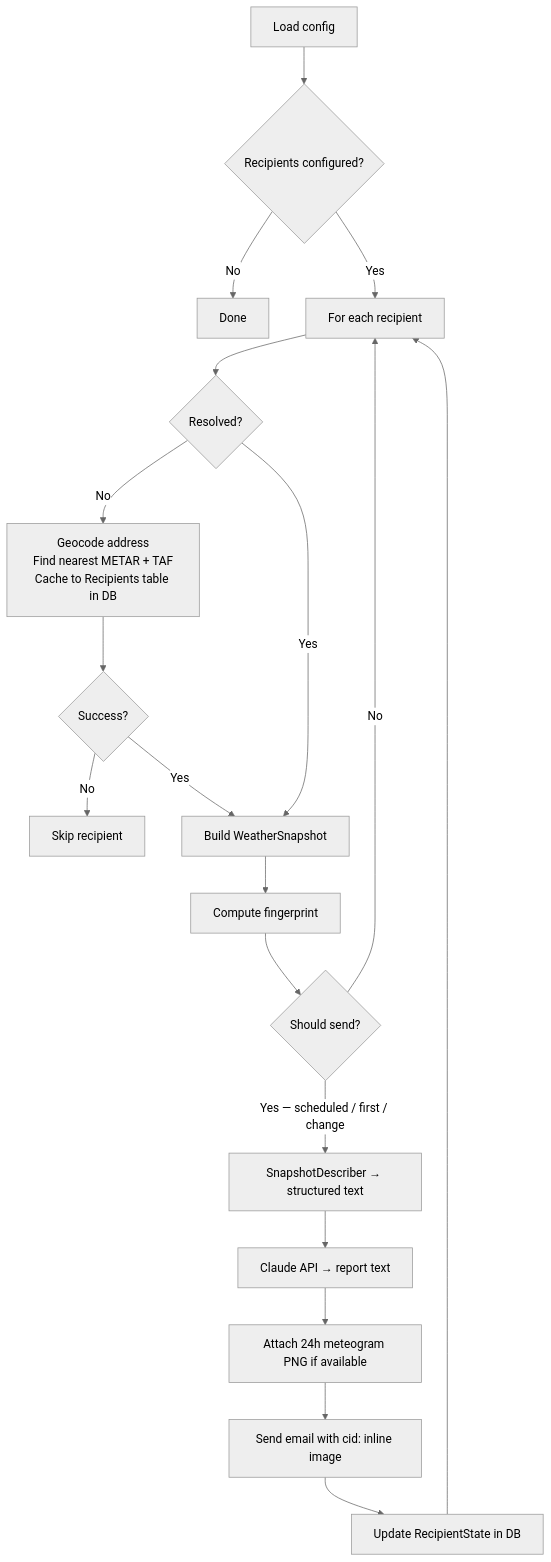
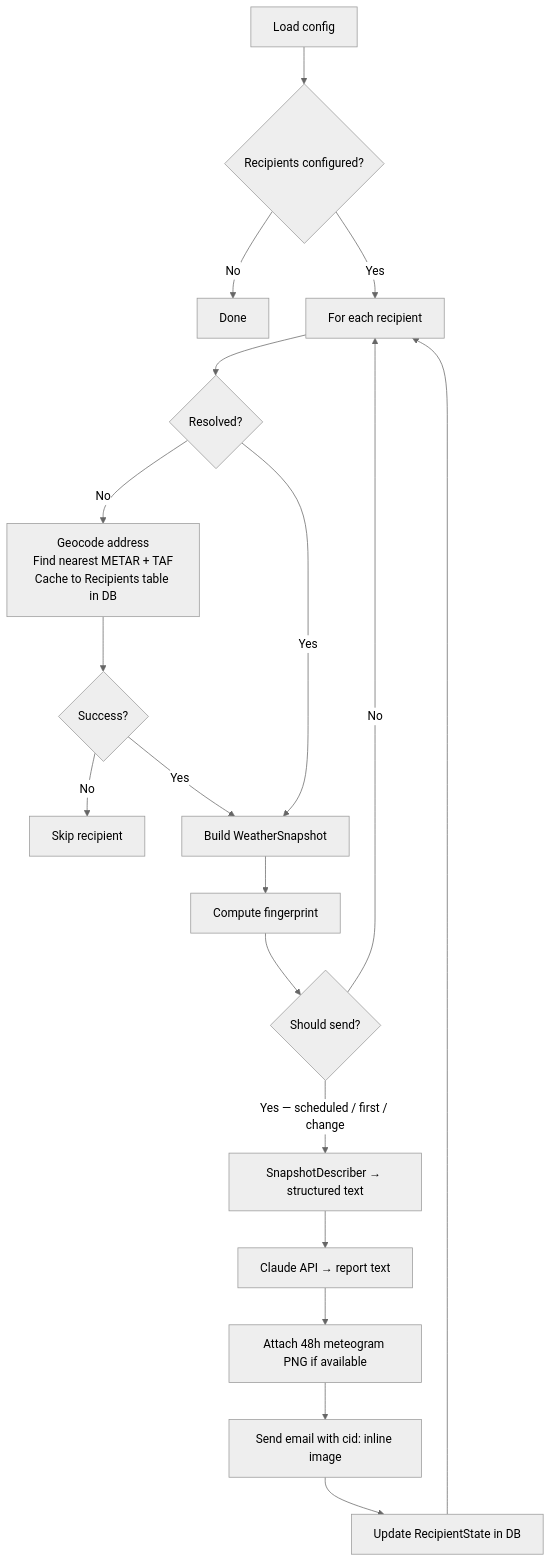
The seventh of 8 diagrams in WxServices/DESIGN.md (PaulHarder2/HarderWare), drawn with Mermaid (neutral theme) before and after one commit. The commit also changed other lines of this file and 14 other files, not shown here.

````diff
--- a/WxServices/DESIGN.md
+++ b/WxServices/DESIGN.md
@@ -406,21 +406,21 @@
 ```mermaid
 flowchart TD
     A[Load config] --> B{Recipients configured?}
     B -->|No| Z[Done]
     B -->|Yes| C[For each recipient]
     C --> D{Resolved?}
     D -->|No| E[Geocode address\nFind nearest METAR + TAF\nCache to Recipients table in DB]
     E --> F{Success?}
     F -->|No| SKIP[Skip recipient]
     D -->|Yes| G[Build WeatherSnapshot]
     F -->|Yes| G
     G --> H[Compute fingerprint]
     H --> I{Should send?}
     I -->|No| C
     I -->|Yes — scheduled / first / change| J[SnapshotDescriber → structured text]
     J --> K[Claude API → report text]
-    K --> K2[Attach 24h meteogram PNG if available]
+    K --> K2[Attach 48h meteogram PNG if available]
     K2 --> L[Send email with cid: inline image]
     L --> M[Update RecipientState in DB]
     M --> C
 ```
````
